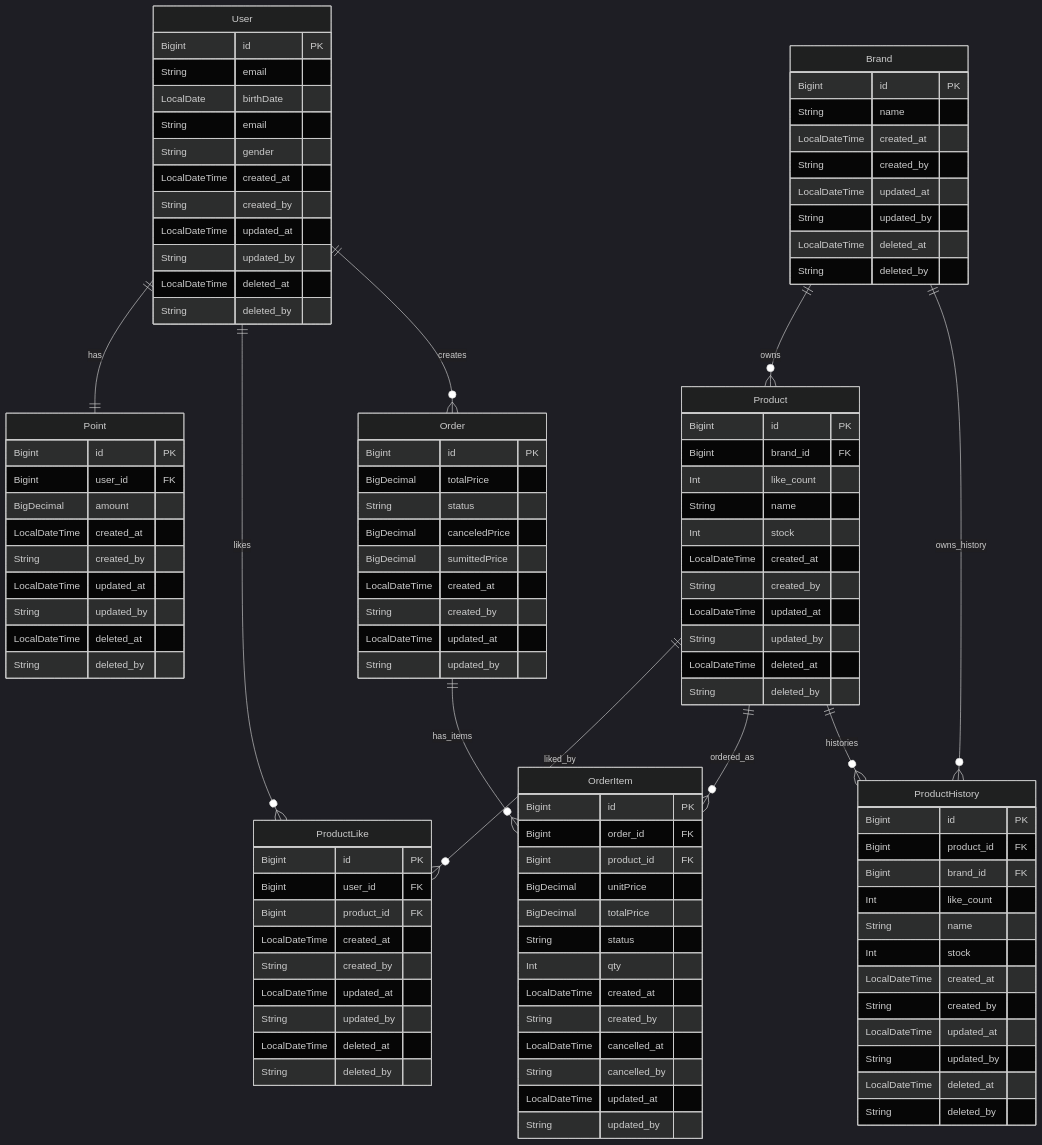
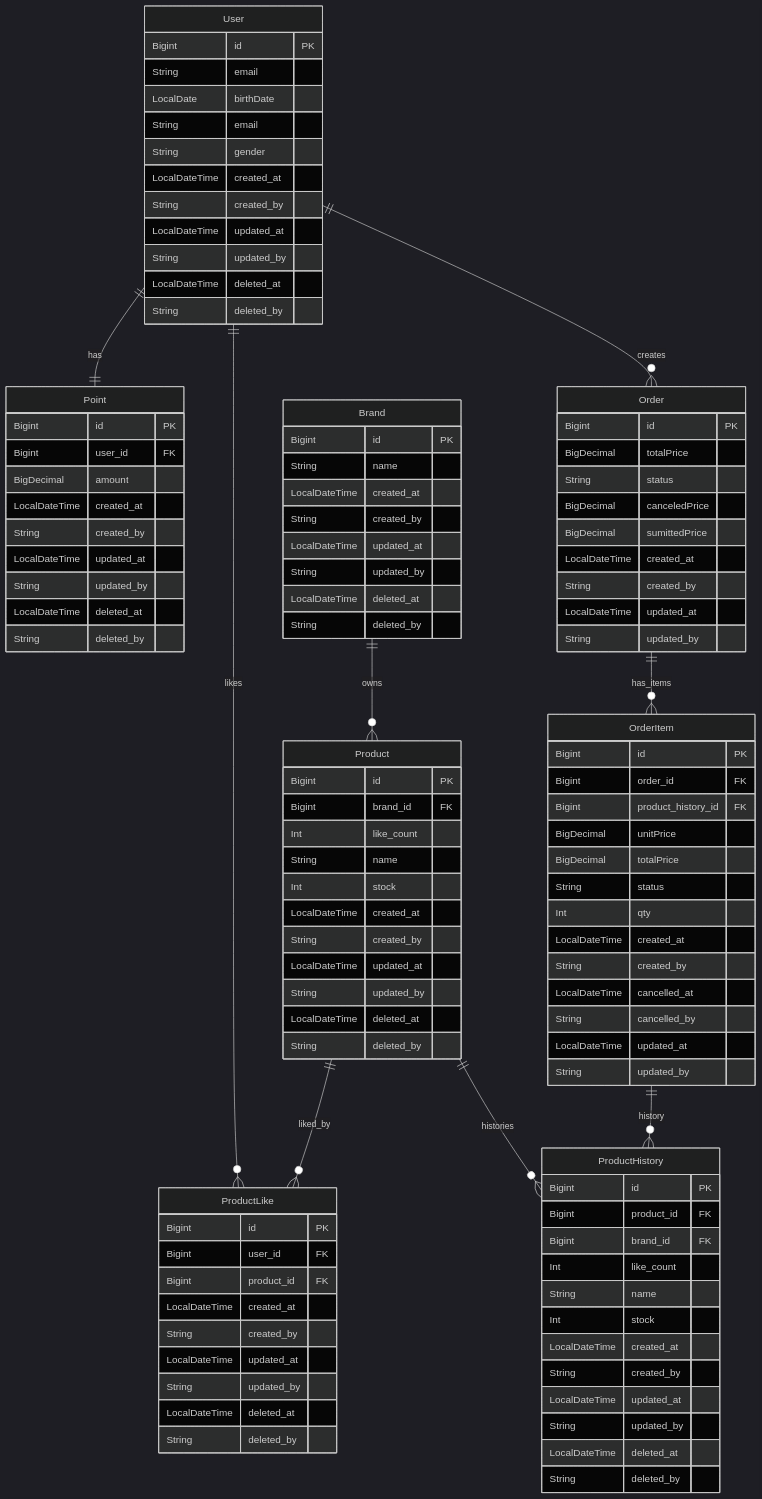
Before and after one commit to sue4869/e-commerce: the diagram in docs/design/04-erd.md, drawn with Mermaid (dark theme). The commit also changed 1 other file, not shown here.

Commit message:
fix : 추가 반영

````diff
--- a/docs/design/04-erd.md
+++ b/docs/design/04-erd.md
@@ -102,7 +102,7 @@
     OrderItem {
         Bigint id PK
         Bigint order_id FK
-        Bigint product_id FK
+        Bigint product_history_id FK
         BigDecimal unitPrice
         BigDecimal totalPrice
         String status
@@ -123,14 +123,13 @@
 
     %% 상품 관련
     Product ||--o{ ProductLike : liked_by
-    Product ||--o{ OrderItem : ordered_as
     Product ||--o{ ProductHistory : histories
 
     %% 주문 관련
     Order ||--o{ OrderItem : has_items
+    OrderItem ||--o{ ProductHistory : history
 
     %% 브랜드 관련
     Brand ||--o{ Product : owns
-    Brand ||--o{ ProductHistory : owns_history
 
 ```
````
